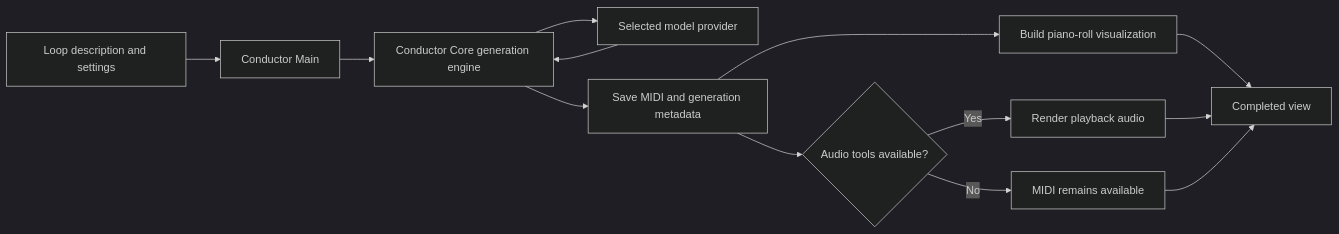
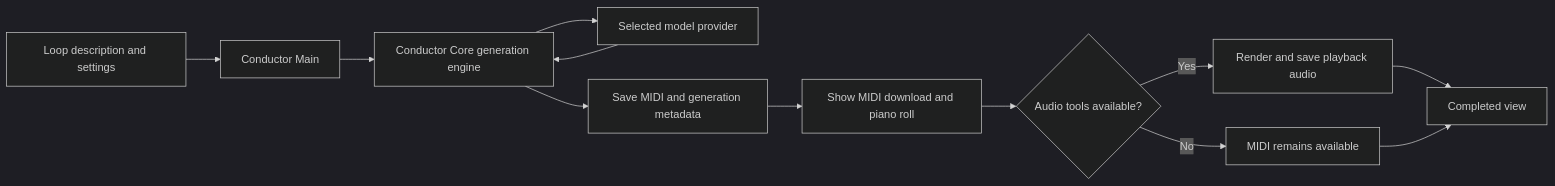
Before and after one commit to laceyp99/conductor-main: the first of 2 diagrams in docs/usage.md, drawn with Mermaid (dark theme). The commit also changed other lines of this file and 3 other files, not shown here.

Commit message:
perf(generation): show midi before rendering audio

````diff
--- a/docs/usage.md
+++ b/docs/usage.md
@@ -30,15 +30,14 @@
 ```mermaid
 flowchart LR
     Input[Loop description and settings] --> UI[Conductor Main]
     UI --> Core[Conductor Core generation engine]
     Core --> Provider[Selected model provider]
     Provider --> Core
     Core --> Save[Save MIDI and generation metadata]
-    Save --> Visualize[Build piano-roll visualization]
-    Save --> Audio{Audio tools available?}
-    Audio -->|Yes| Render[Render playback audio]
+    Save --> Visualize[Show MIDI download and piano roll]
+    Visualize --> Audio{Audio tools available?}
+    Audio -->|Yes| Render[Render and save playback audio]
     Audio -->|No| MidiOnly[MIDI remains available]
-    Visualize --> Results[Completed view]
-    Render --> Results
+    Render --> Results[Completed view]
     MidiOnly --> Results
 ```
````
